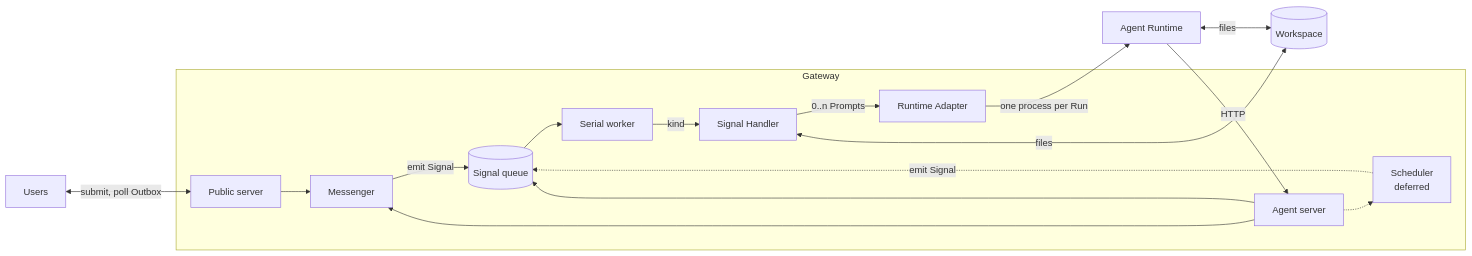
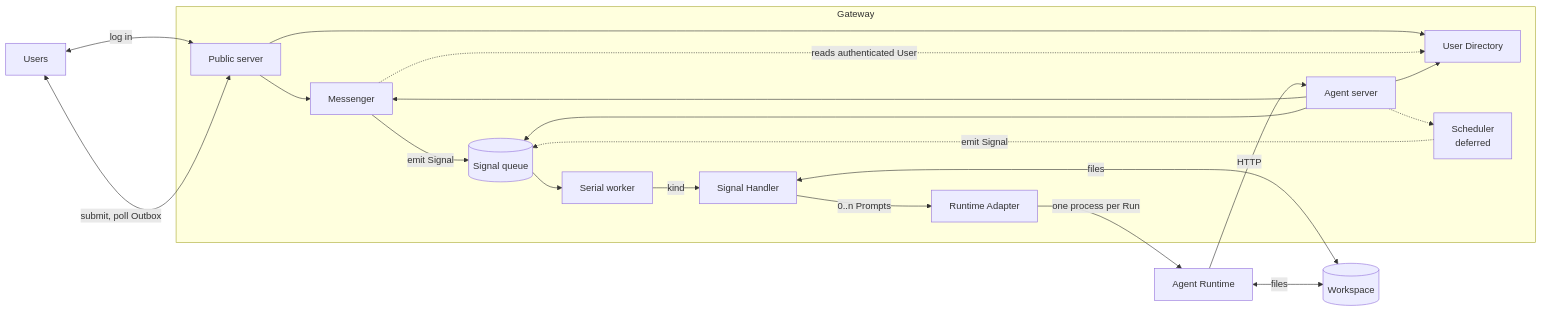
Before and after one commit to shutter-network/concorde: the diagram in docs/architecture.md, drawn with Mermaid. The commit also changed other lines of this file and 10 other files, not shown here.

First line of the commit message:
docs: the User Directory is part of the documented system

````diff
--- a/docs/architecture.md
+++ b/docs/architecture.md
@@ -17,20 +19,24 @@
 ```mermaid
 flowchart LR
-    U[Users] <-->|submit, poll Outbox| P[Public server]
+    U[Users] <-->|log in| P[Public server]
+    U <-->|submit, poll Outbox| P
     subgraph GW[Gateway]
+      P --> UD[User Directory]
       P --> M[Messenger]
+      M -.->|reads authenticated User| UD
       M -->|emit Signal| Q[(Signal queue)]
       S[Scheduler<br/>deferred] -.->|emit Signal| Q
       Q --> W[Serial worker]
       W -->|kind| H[Signal Handler]
       H -->|0..n Prompts| RA[Runtime Adapter]
       AS[Agent server]
       AS --> M
+      AS --> UD
       AS -.-> S
       AS --> Q
     end
     RA -->|one process per Run| AR[Agent Runtime]
     AR -->|HTTP| AS
     H <-->|files| WS[(Workspace)]
     AR <-->|files| WS
 ```
````
